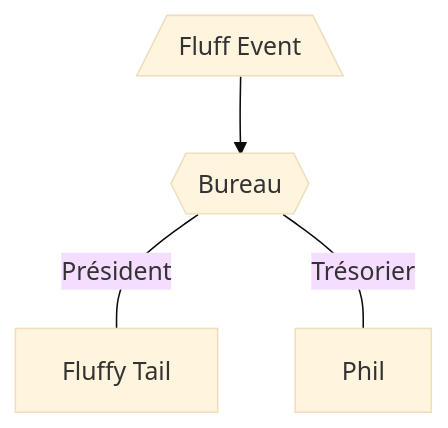
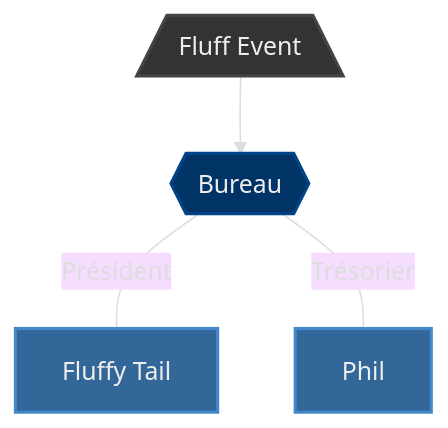
One commit to matiboux/FluffEvent-association-documents changed the diagram in Bureau.md. Above: the diagram before and after it, drawn with Mermaid (base theme).

Commit message:
Add bureau graph styles

````diff
--- a/Bureau.md
+++ b/Bureau.md
@@ -9,8 +9,15 @@
 ```mermaid
 graph TB
   FE[/Fluff Event\]
   FE --> Bureau{{Bureau}}
 
   Bureau -- Président --- Fluffy[Fluffy Tail]
   Bureau -- Trésorier --- Phil[Phil]
+
+  style FE fill:#333,color:#eee,stroke:#444,stroke-width:2px
+  style Bureau fill:#036,color:#eee,stroke:#048,stroke-width:2px
+  style Fluffy fill:#369,color:#eee,stroke:#48c,stroke-width:2px
+  style Phil fill:#369,color:#eee,stroke:#48c,stroke-width:2px
+
+  linkStyle 0,1,2 color:#ddd,stroke:#ddd,stroke-width:1px
 ```
````
